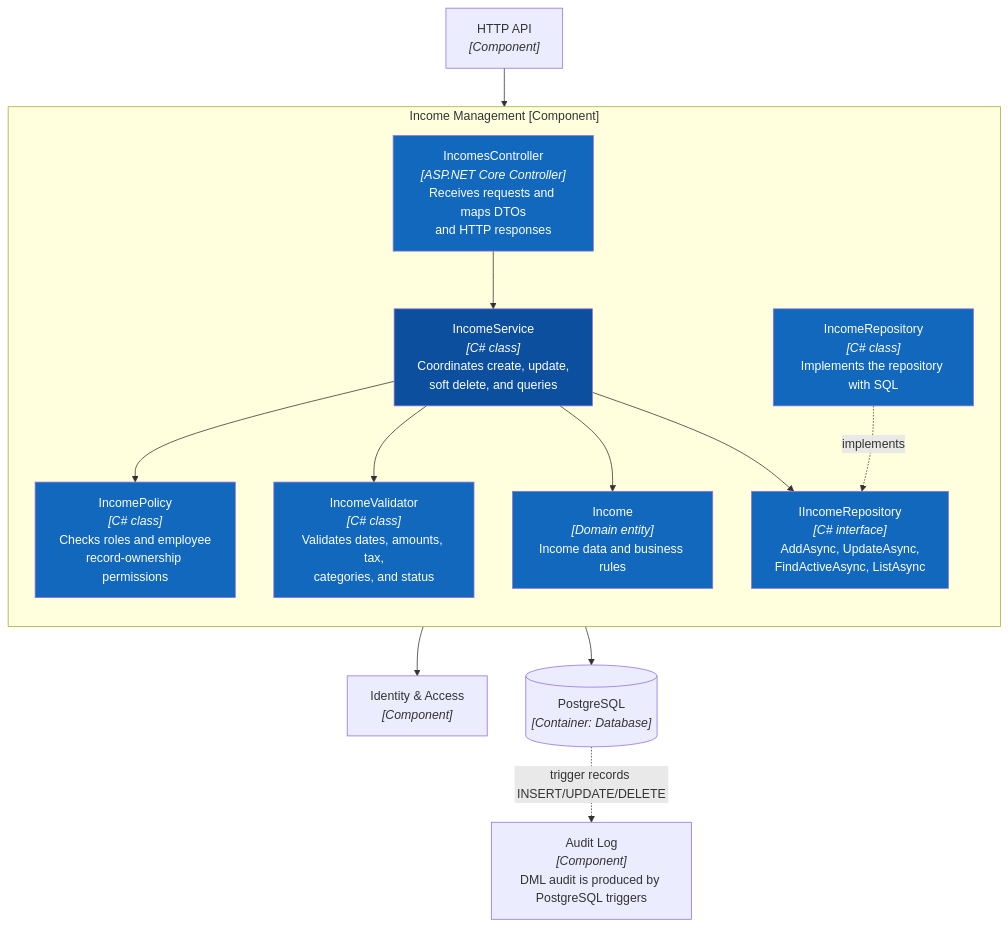
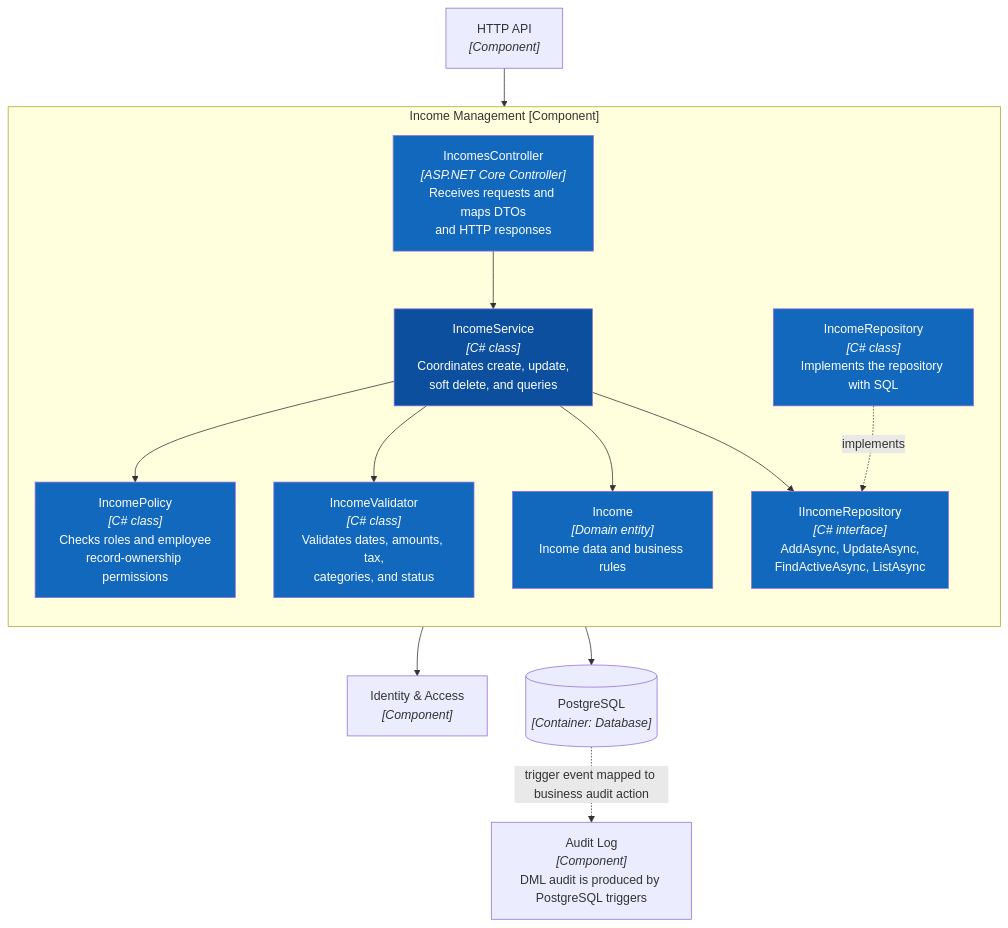
The sixth of 10 diagrams in README.md (PhamHiep948/finance-manager), drawn with Mermaid before and after one commit. The commit also changed other lines of this file and 49 other files, not shown here.

````diff
--- a/README.md
+++ b/README.md
@@ -460,38 +460,38 @@
 ```mermaid
 flowchart TB
     subgraph income["Income Management [Component]"]
         direction TB
         handler["IncomesController<br/><i>[ASP.NET Core Controller]</i><br/>Receives requests and maps DTOs<br/>and HTTP responses"]
         service["IncomeService<br/><i>[C# class]</i><br/>Coordinates create, update,<br/>soft delete, and queries"]
         policy["IncomePolicy<br/><i>[C# class]</i><br/>Checks roles and employee<br/>record-ownership permissions"]
         validator["IncomeValidator<br/><i>[C# class]</i><br/>Validates dates, amounts, tax,<br/>categories, and status"]
         model["Income<br/><i>[Domain entity]</i><br/>Income data and business rules"]
         repository["IIncomeRepository<br/><i>[C# interface]</i><br/>AddAsync, UpdateAsync,<br/>FindActiveAsync, ListAsync"]
         postgres["IncomeRepository<br/><i>[C# class]</i><br/>Implements the repository with SQL"]
 
         handler --> service
         service --> policy
         service --> validator
         service --> model
         service --> repository
         postgres -.->|"implements"| repository
     end
 
     api["HTTP API<br/><i>[Component]</i>"]
     identity["Identity & Access<br/><i>[Component]</i>"]
     audit["Audit Log<br/><i>[Component]</i><br/>DML audit is produced by PostgreSQL triggers"]
     db[("PostgreSQL<br/><i>[Container: Database]</i>")]
 
     api --> handler
     policy --> identity
     postgres --> db
-    db -.->|"trigger records INSERT/UPDATE/DELETE"| audit
+    db -.->|"trigger event mapped to business audit action"| audit
 
     style handler fill:#1168bd,color:#fff
     style service fill:#0b4f9e,color:#fff
     style policy fill:#1168bd,color:#fff
     style validator fill:#1168bd,color:#fff
     style model fill:#1168bd,color:#fff
     style repository fill:#1168bd,color:#fff
     style postgres fill:#1168bd,color:#fff
 ```
````
